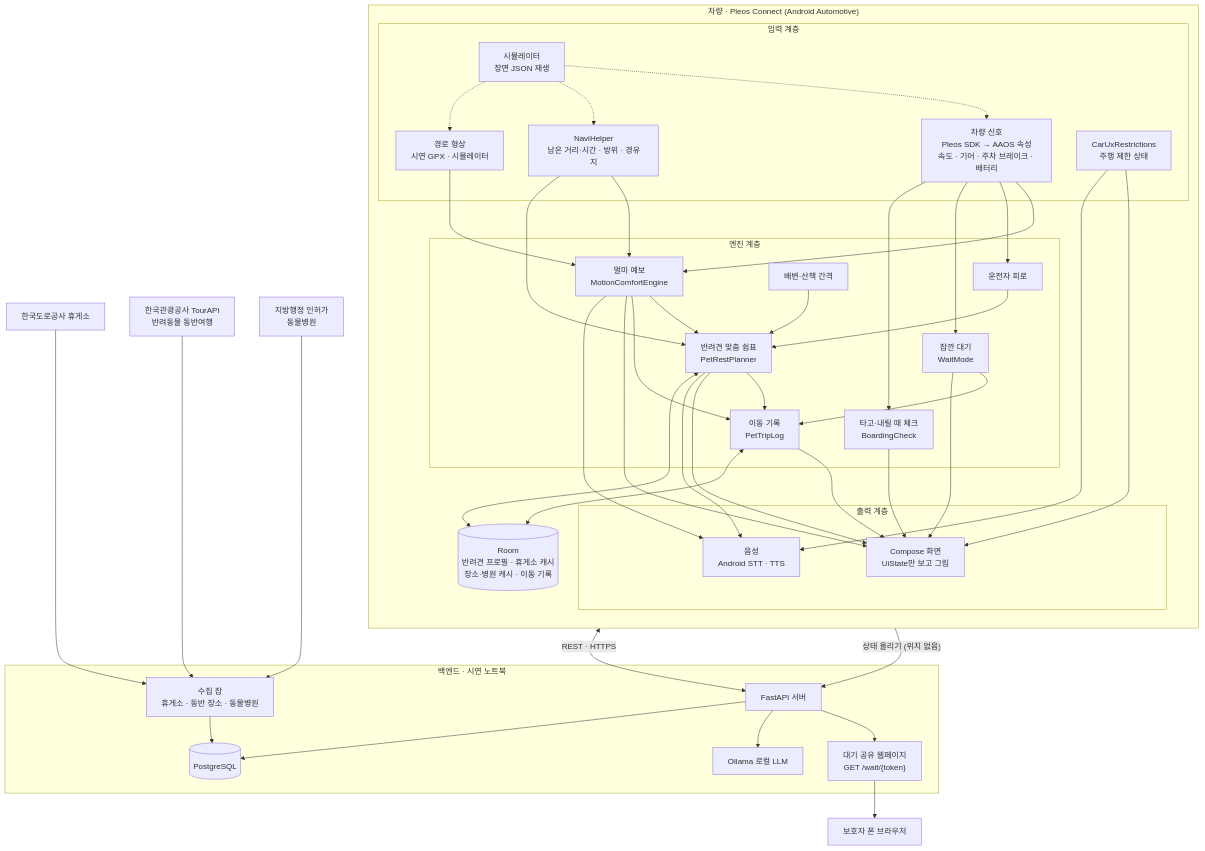
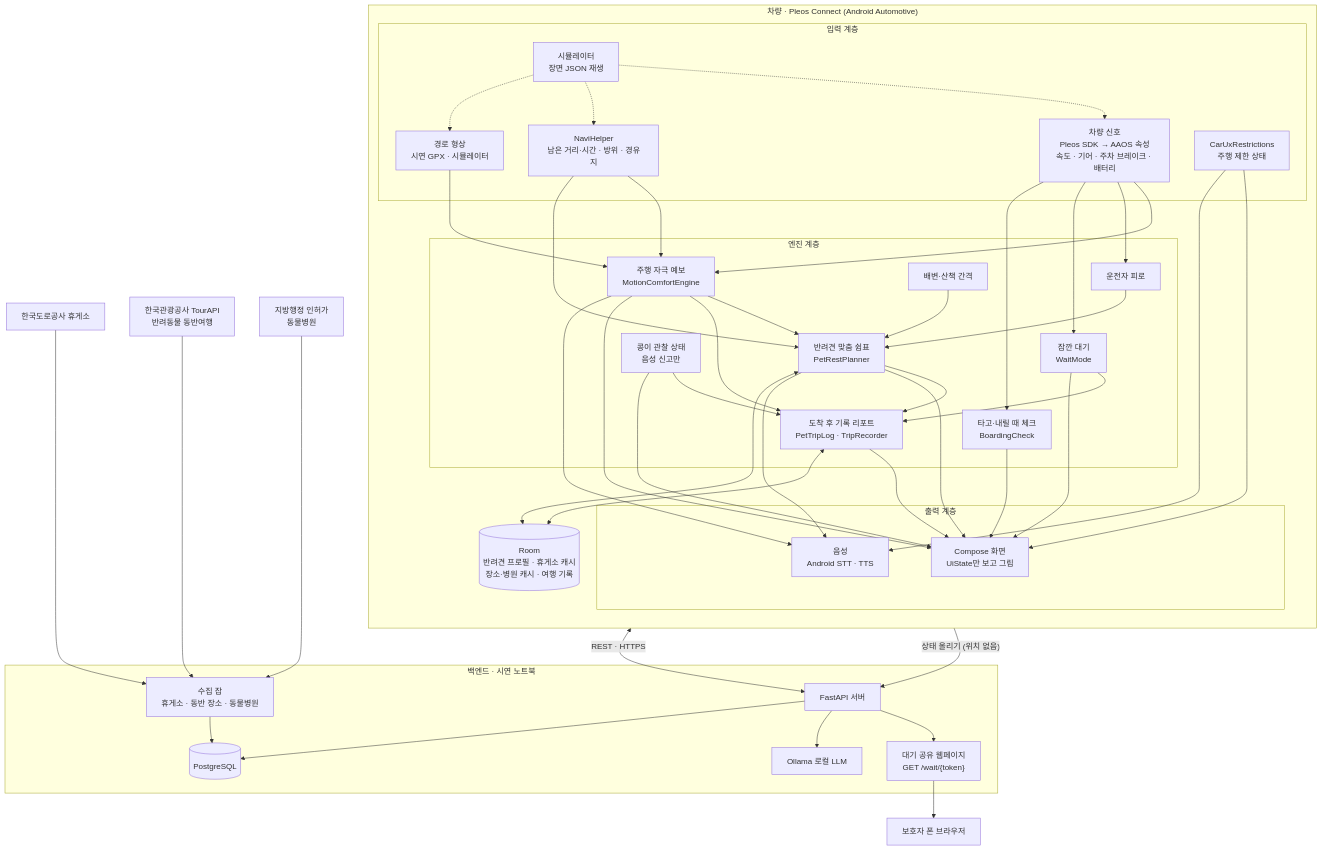
Before and after one commit to xuxtaku7610-del/every-moment-of-pause: the first of 5 diagrams in architecture.md, drawn with Mermaid. The commit also changed other lines of this file and 78 other files, not shown here.

````diff
--- a/architecture.md
+++ b/architecture.md
@@ -16,78 +17,81 @@
 ```mermaid
 flowchart TB
     subgraph CAR["차량 · Pleos Connect (Android Automotive)"]
         direction TB
         subgraph INPUT["입력 계층"]
             VEH["차량 신호<br/>Pleos SDK → AAOS 속성<br/>속도 · 기어 · 주차 브레이크 · 배터리"]
             NAV["NaviHelper<br/>남은 거리·시간 · 방위 · 경유지"]
             SHAPE["경로 형상<br/>시연 GPX · 시뮬레이터"]
             UXR["CarUxRestrictions<br/>주행 제한 상태"]
             SIM["시뮬레이터<br/>장면 JSON 재생"]
         end
         subgraph ENGINE["엔진 계층"]
-            MOTION["멀미 예보<br/>MotionComfortEngine"]
+            MOTION["주행 자극 예보<br/>MotionComfortEngine"]
             FAT["운전자 피로"]
             NEED["배변·산책 간격"]
             PLAN["반려견 맞춤 쉼표<br/>PetRestPlanner"]
             WAIT["잠깐 대기<br/>WaitMode"]
             BOARD["타고·내릴 때 체크<br/>BoardingCheck"]
-            LOG["이동 기록<br/>PetTripLog"]
+            OBS["콩이 관찰 상태<br/>음성 신고만"]
+            LOG["도착 후 기록 리포트<br/>PetTripLog · TripRecorder"]
         end
         subgraph OUT["출력 계층"]
             UI["Compose 화면<br/>UiState만 보고 그림"]
             VOICE["음성<br/>Android STT · TTS"]
         end
-        ROOM[("Room<br/>반려견 프로필 · 휴게소 캐시<br/>장소·병원 캐시 · 이동 기록")]
+        ROOM[("Room<br/>반려견 프로필 · 휴게소 캐시<br/>장소·병원 캐시 · 여행 기록")]
     end
 
     subgraph HOST["백엔드 · 시연 노트북"]
         API["FastAPI 서버"]
         PG[("PostgreSQL")]
         OLL["Ollama 로컬 LLM"]
         JOB["수집 잡<br/>휴게소 · 동반 장소 · 동물병원"]
         WEB["대기 공유 웹페이지<br/>GET /wait/{token}"]
     end
 
     PHONE["보호자 폰 브라우저"]
     EX["한국도로공사 휴게소"]
     TOUR["한국관광공사 TourAPI<br/>반려동물 동반여행"]
     VET["지방행정 인허가<br/>동물병원"]
 
     SIM -.-> VEH
     SIM -.-> NAV
     SIM -.-> SHAPE
     VEH --> MOTION
     NAV --> MOTION
     SHAPE --> MOTION
     VEH --> FAT
     MOTION --> PLAN
     FAT --> PLAN
     NEED --> PLAN
     NAV --> PLAN
     VEH --> WAIT
     VEH --> BOARD
     MOTION --> LOG
+    OBS --> LOG
+    OBS --> UI
     PLAN --> LOG
     WAIT --> LOG
     PLAN --> UI
     PLAN --> VOICE
     MOTION --> UI
     MOTION --> VOICE
     WAIT --> UI
     BOARD --> UI
     LOG --> UI
     UXR --> UI
     UXR --> VOICE
     PLAN <--> ROOM
     LOG <--> ROOM
     ROOM <-->|"REST · HTTPS"| API
     WAIT -->|"상태 올리기 (위치 없음)"| API
     API --> PG
     API --> OLL
     API --> WEB
     WEB --> PHONE
     JOB --> PG
     EX --> JOB
     TOUR --> JOB
     VET --> JOB
 ```
````
